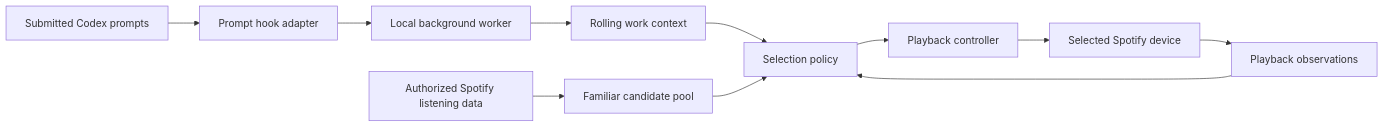
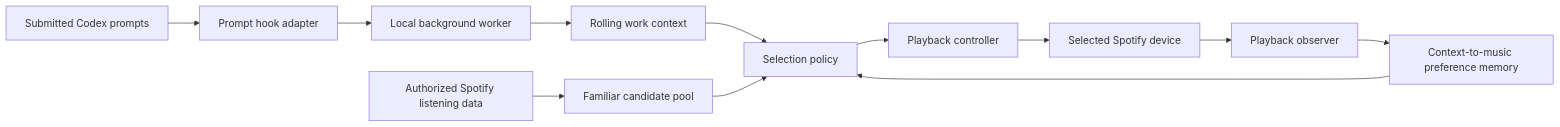
The diagram in docs/PLAN.md (comcreate-io/context.fm), drawn with Mermaid before and after one commit. The commit also changed other lines of this file and 1 other file, not shown here.

````diff
--- a/docs/PLAN.md
+++ b/docs/PLAN.md
@@ -9,13 +9,14 @@
 ```mermaid
 flowchart LR
     C[Submitted Codex prompts] --> H[Prompt hook adapter]
     H --> W[Local background worker]
     W --> X[Rolling work context]
     S[Authorized Spotify listening data] --> T[Familiar candidate pool]
     X --> R[Selection policy]
     T --> R
+    F[Context-to-music preference memory] --> R
     R --> P[Playback controller]
     P --> D[Selected Spotify device]
-    D --> M[Playback observations]
-    M --> R
+    D --> O[Playback observer]
+    O --> F
 ```
````
